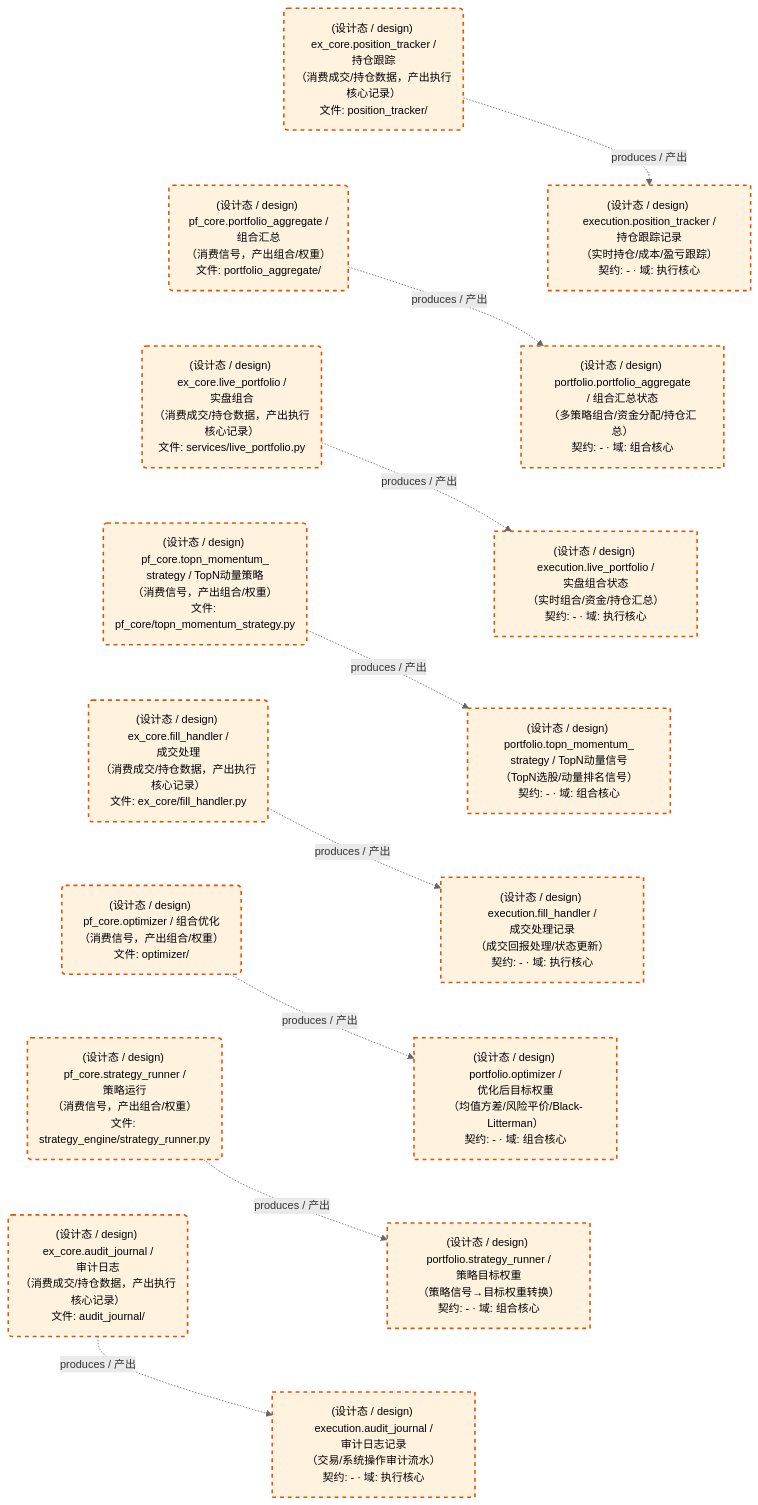
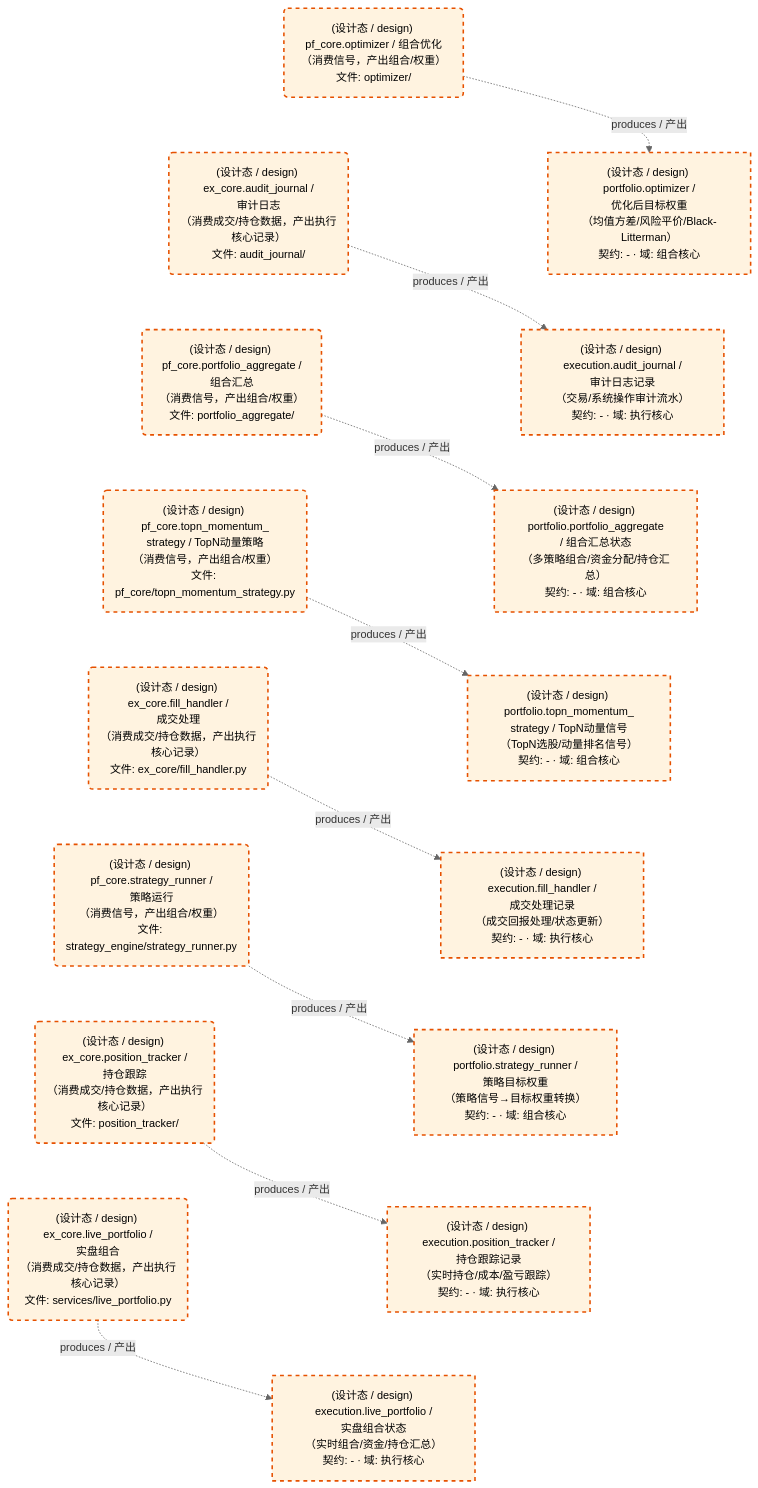
Before and after one commit to xuanFelixVan/ZephyrAlpha: the third of 3 diagrams in docs/02_enterprise_architecture/05_dataflow_architecture/d_ex_pf_core.md, drawn with Mermaid. The commit also changed other lines of this file and 13 other files, not shown here.

First line of the commit message:
feat(dataflow): dataflow_production.md → dataflow_panorama.md，运营态+设计态全景一张图看完

````diff
--- a/docs/02_enterprise_architecture/05_dataflow_architecture/d_ex_pf_core.md
+++ b/docs/02_enterprise_architecture/05_dataflow_architecture/d_ex_pf_core.md
@@ -144,47 +144,47 @@
 ```mermaid
 %%{init: {'theme': 'base', 'themeVariables': {'primaryColor': '#eaeaea', 'primaryTextColor': '#333333', 'primaryBorderColor': '#666666', 'lineColor': '#666666', 'secondaryColor': '#eaeaea', 'tertiaryColor': '#eaeaea', 'clusterBkg': 'transparent', 'clusterBorder': 'transparent', 'fontSize': '14px'}}}%%
 flowchart TD
     DS11263["(设计态 / design) execution.audit_journal /<br/>审计日志记录<br/>（交易/系统操作审计流水）<br/>契约: - · 域: 执行核心"]
     DS11264["(设计态 / design) execution.fill_handler /<br/>成交处理记录<br/>（成交回报处理/状态更新）<br/>契约: - · 域: 执行核心"]
     DS11266["(设计态 / design) execution.live_portfolio /<br/>实盘组合状态<br/>（实时组合/资金/持仓汇总）<br/>契约: - · 域: 执行核心"]
     DS11265["(设计态 / design) execution.position_tracker /<br/>持仓跟踪记录<br/>（实时持仓/成本/盈亏跟踪）<br/>契约: - · 域: 执行核心"]
     DS11267["(设计态 / design) portfolio.optimizer /<br/>优化后目标权重<br/>（均值方差/风险平价/Black-Litterman）<br/>契约: - · 域: 组合核心"]
     DS11268["(设计态 / design) portfolio.portfolio_aggregate<br/>/ 组合汇总状态<br/>（多策略组合/资金分配/持仓汇总）<br/>契约: - · 域: 组合核心"]
     DS11269["(设计态 / design) portfolio.strategy_runner /<br/>策略目标权重<br/>（策略信号→目标权重转换）<br/>契约: - · 域: 组合核心"]
     DS11270["(设计态 / design) portfolio.topn_momentum_<br/>strategy / TopN动量信号<br/>（TopN选股/动量排名信号）<br/>契约: - · 域: 组合核心"]
     JOB757627("(设计态 / design) ex_core.audit_journal /<br/>审计日志<br/>（消费成交/持仓数据，产出执行核心记录）<br/>文件: audit_journal/")
     JOB757628("(设计态 / design) ex_core.fill_handler /<br/>成交处理<br/>（消费成交/持仓数据，产出执行核心记录）<br/>文件: ex_core/fill_handler.py")
     JOB757630("(设计态 / design) ex_core.live_portfolio /<br/>实盘组合<br/>（消费成交/持仓数据，产出执行核心记录）<br/>文件: services/live_portfolio.py")
     JOB757629("(设计态 / design) ex_core.position_tracker /<br/>持仓跟踪<br/>（消费成交/持仓数据，产出执行核心记录）<br/>文件: position_tracker/")
     JOB757631("(设计态 / design) pf_core.optimizer / 组合优化<br/>（消费信号，产出组合/权重）<br/>文件: optimizer/")
     JOB757632("(设计态 / design) pf_core.portfolio_aggregate /<br/>组合汇总<br/>（消费信号，产出组合/权重）<br/>文件: portfolio_aggregate/")
     JOB757633("(设计态 / design) pf_core.strategy_runner /<br/>策略运行<br/>（消费信号，产出组合/权重）<br/>文件: strategy_engine/strategy_runner.py")
     JOB757634("(设计态 / design) pf_core.topn_momentum_<br/>strategy / TopN动量策略<br/>（消费信号，产出组合/权重）<br/>文件: pf_core/topn_momentum_strategy.py")
     JOB757627 -.->|produces / 产出| DS11263
     JOB757628 -.->|produces / 产出| DS11264
     JOB757629 -.->|produces / 产出| DS11265
     JOB757630 -.->|produces / 产出| DS11266
     JOB757631 -.->|produces / 产出| DS11267
     JOB757632 -.->|produces / 产出| DS11268
     JOB757633 -.->|produces / 产出| DS11269
     JOB757634 -.->|produces / 产出| DS11270
-    JOB757629 ~~~ JOB757632
-    JOB757632 ~~~ JOB757630
-    JOB757630 ~~~ JOB757634
+    JOB757631 ~~~ JOB757627
+    JOB757627 ~~~ JOB757632
+    JOB757632 ~~~ JOB757634
     JOB757634 ~~~ JOB757628
-    JOB757628 ~~~ JOB757631
-    JOB757631 ~~~ JOB757633
-    JOB757633 ~~~ JOB757627
-    DS11265 ~~~ DS11268
-    DS11268 ~~~ DS11266
-    DS11266 ~~~ DS11270
+    JOB757628 ~~~ JOB757633
+    JOB757633 ~~~ JOB757629
+    JOB757629 ~~~ JOB757630
+    DS11267 ~~~ DS11263
+    DS11263 ~~~ DS11268
+    DS11268 ~~~ DS11270
     DS11270 ~~~ DS11264
-    DS11264 ~~~ DS11267
-    DS11267 ~~~ DS11269
-    DS11269 ~~~ DS11263
+    DS11264 ~~~ DS11269
+    DS11269 ~~~ DS11265
+    DS11265 ~~~ DS11266
     classDef production fill:#e1f5fe,stroke:#01579b,stroke-width:2px,color:#000
     classDef design fill:#fff3e0,stroke:#e65100,stroke-width:2px,color:#000,stroke-dasharray: 5 5
     classDef external_prod fill:#e8f4fd,stroke:#0277bd,stroke-width:1px,color:#000
     classDef external_design fill:#fff8e7,stroke:#ef6c00,stroke-width:1px,color:#000,stroke-dasharray: 5 5
     class DS11263,DS11264,DS11266,DS11265,DS11267,DS11268,DS11269,DS11270,JOB757627,JOB757628,JOB757630,JOB757629,JOB757631,JOB757632,JOB757633,JOB757634 design
 ```
````
